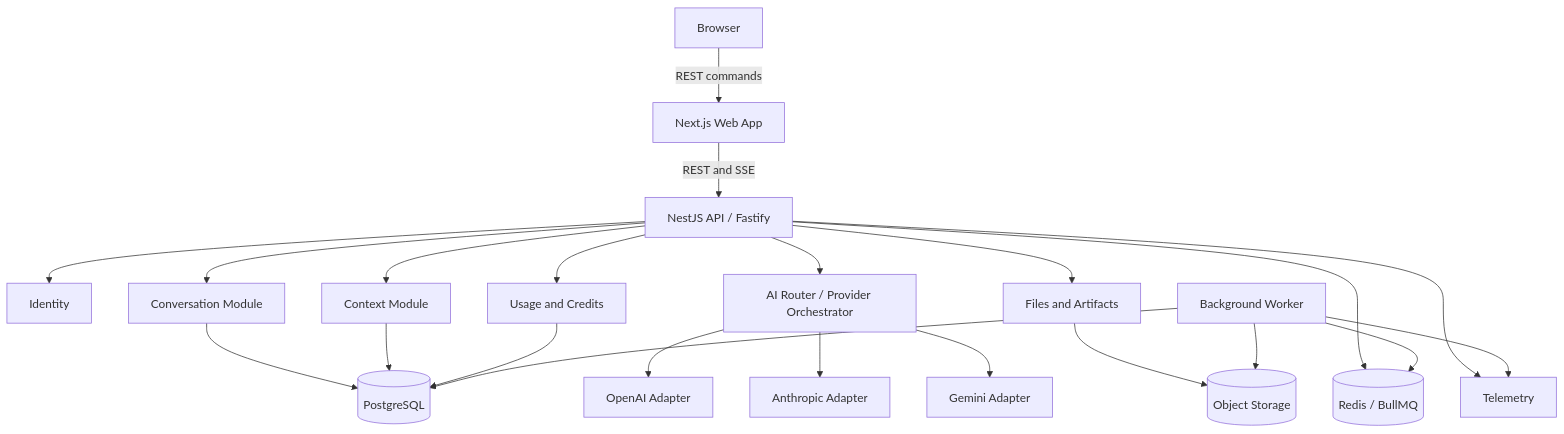
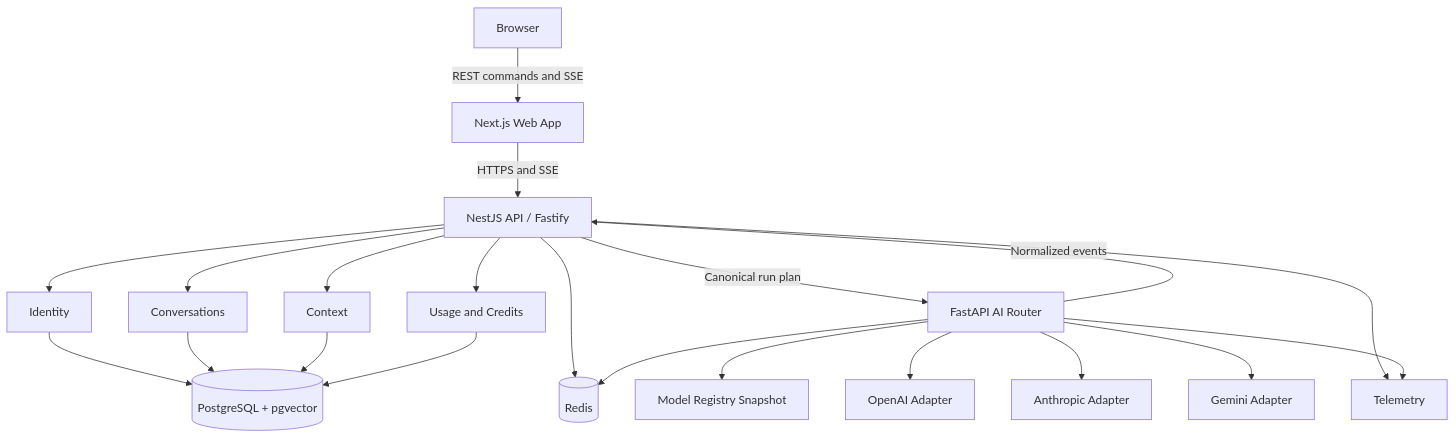
Before and after one commit to rishabh-git88/omniroute: the diagram in docs/architecture/System-Architecture.md, drawn with Mermaid. The commit also changed other lines of this file and 84 other files, not shown here.

````diff
--- a/docs/architecture/System-Architecture.md
+++ b/docs/architecture/System-Architecture.md
@@ -9,24 +9,23 @@
 ```mermaid
 flowchart TB
-    U[Browser] -->|REST commands| WEB[Next.js Web App]
-    WEB -->|REST and SSE| API[NestJS API / Fastify]
+    U[Browser] -->|REST commands and SSE| WEB[Next.js Web App]
+    WEB -->|HTTPS and SSE| API[NestJS API / Fastify]
     API --> ID[Identity]
-    API --> CONV[Conversation Module]
-    API --> CTX[Context Module]
-    API --> ROUTER[AI Router / Provider Orchestrator]
+    API --> CONV[Conversations]
+    API --> CTX[Context]
     API --> USAGE[Usage and Credits]
-    API --> FILES[Files and Artifacts]
+    ID --> PG[(PostgreSQL + pgvector)]
+    CONV --> PG
+    CTX --> PG
+    USAGE --> PG
+    API -->|Canonical run plan| ROUTER[FastAPI AI Router]
+    ROUTER -->|Normalized events| API
+    API --> REDIS[(Redis)]
+    ROUTER --> REDIS
+    ROUTER --> REGISTRY[Model Registry Snapshot]
     ROUTER --> OPENAI[OpenAI Adapter]
     ROUTER --> ANTHROPIC[Anthropic Adapter]
     ROUTER --> GEMINI[Gemini Adapter]
-    CONV --> PG[(PostgreSQL)]
-    CTX --> PG
-    USAGE --> PG
-    API --> REDIS[(Redis / BullMQ)]
-    FILES --> OBJ[(Object Storage)]
     API --> OTEL[Telemetry]
-    WORKER[Background Worker] --> REDIS
-    WORKER --> PG
-    WORKER --> OBJ
-    WORKER --> OTEL
+    ROUTER --> OTEL
 ```
````
